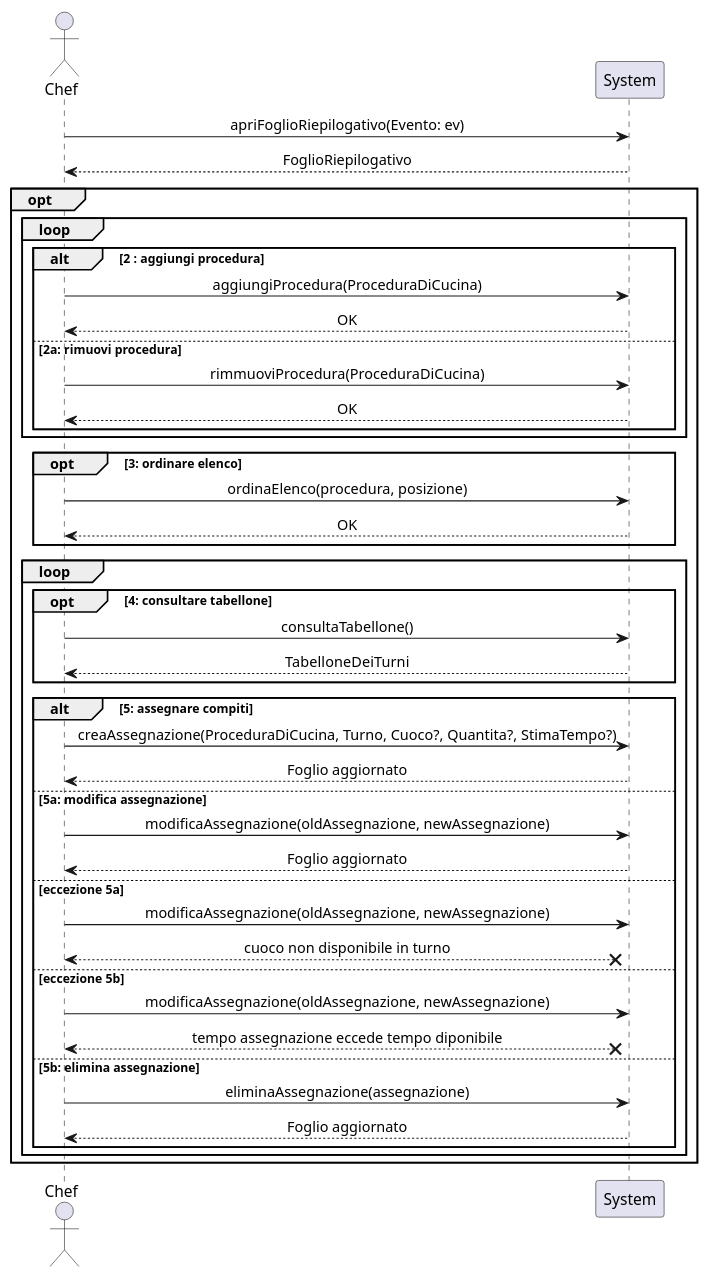
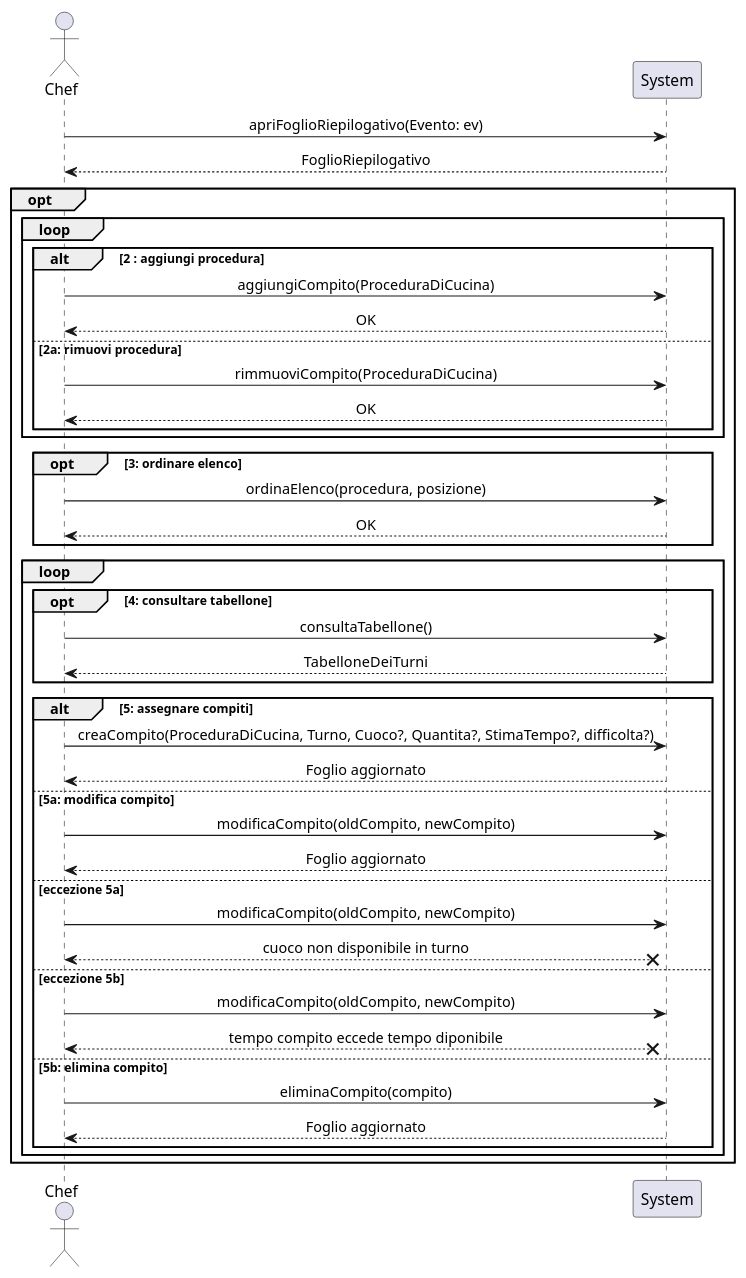
Before and after one commit to elm-suf/FXcatering: the diagram in docs/SSD/Assign Tasks.puml, drawn with PlantUML. The commit also changed 3 other files, not shown here.

```diff
--- a/docs/SSD/Assign Tasks.puml
+++ b/docs/SSD/Assign Tasks.puml
@@ -1,50 +1,50 @@
 @startuml
 skinparam defaultTextAlignment center
 skinparam SequenceMessageAlign center
 
 Actor Chef as ch
 participant System as sy
 ch -> sy : apriFoglioRiepilogativo(Evento: ev)
 ch <-- sy : FoglioRiepilogativo
 
 opt
     loop
         alt 2 : aggiungi procedura
-            ch -> sy : aggiungiProcedura(ProceduraDiCucina)
+            ch -> sy : aggiungiCompito(ProceduraDiCucina)
             ch <-- sy : OK
         else 2a: rimuovi procedura
-            ch -> sy : rimmuoviProcedura(ProceduraDiCucina)
+            ch -> sy : rimmuoviCompito(ProceduraDiCucina)
             ch <-- sy : OK
         end
     end
 
     opt 3: ordinare elenco
         ch -> sy : ordinaElenco(procedura, posizione)
         ch <-- sy : OK
     end
     loop
         opt 4: consultare tabellone
             ch -> sy : consultaTabellone()
             ch <-- sy : TabelloneDeiTurni
         end
         alt 5: assegnare compiti
-            ch -> sy : creaAssegnazione(ProceduraDiCucina, Turno, Cuoco?, Quantita?, StimaTempo?)
+            ch -> sy : creaCompito(ProceduraDiCucina, Turno, Cuoco?, Quantita?, StimaTempo?, difficolta?)
             ch <-- sy : Foglio aggiornato
-            else 5a: modifica assegnazione
-            ch -> sy : modificaAssegnazione(oldAssegnazione, newAssegnazione)
+            else 5a: modifica compito
+            ch -> sy : modificaCompito(oldCompito, newCompito)
             ch <-- sy : Foglio aggiornato
             else eccezione 5a
-            ch -> sy : modificaAssegnazione(oldAssegnazione, newAssegnazione)
+            ch -> sy : modificaCompito(oldCompito, newCompito)
             ch <--X sy : cuoco non disponibile in turno
             else eccezione 5b
-            ch -> sy : modificaAssegnazione(oldAssegnazione, newAssegnazione)
-            ch <--X sy : tempo assegnazione eccede tempo diponibile
-            else 5b: elimina assegnazione
-            ch -> sy : eliminaAssegnazione(assegnazione)
+            ch -> sy : modificaCompito(oldCompito, newCompito)
+            ch <--X sy : tempo compito eccede tempo diponibile
+            else 5b: elimina compito
+            ch -> sy : eliminaCompito(compito)
             ch <-- sy : Foglio aggiornato
         end
 
     end
 
 end
 @enduml
```
